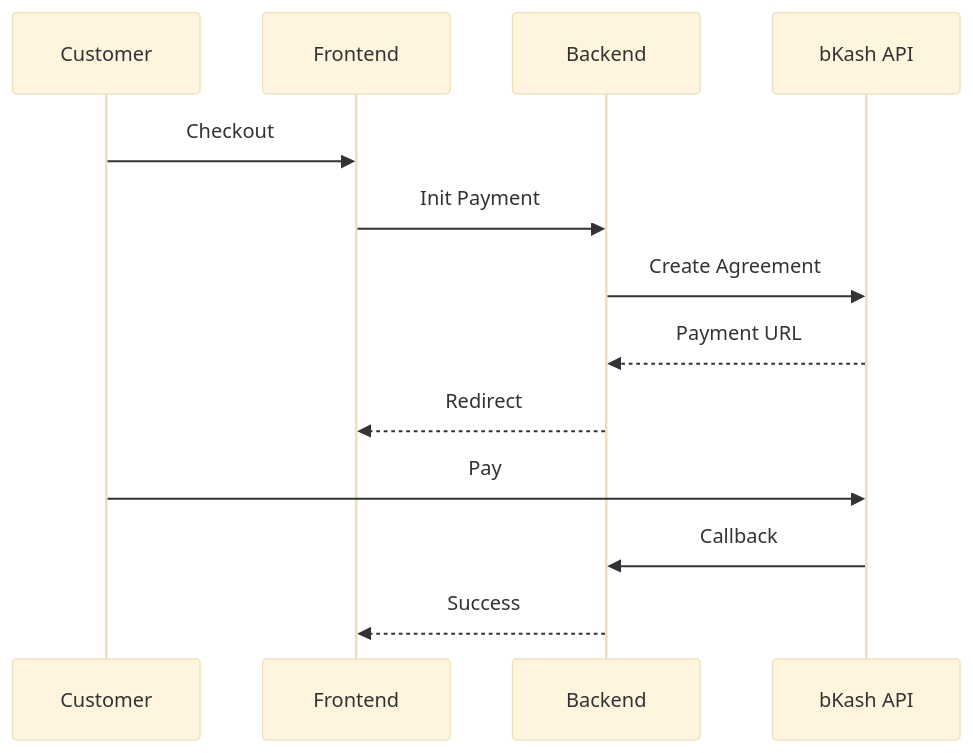
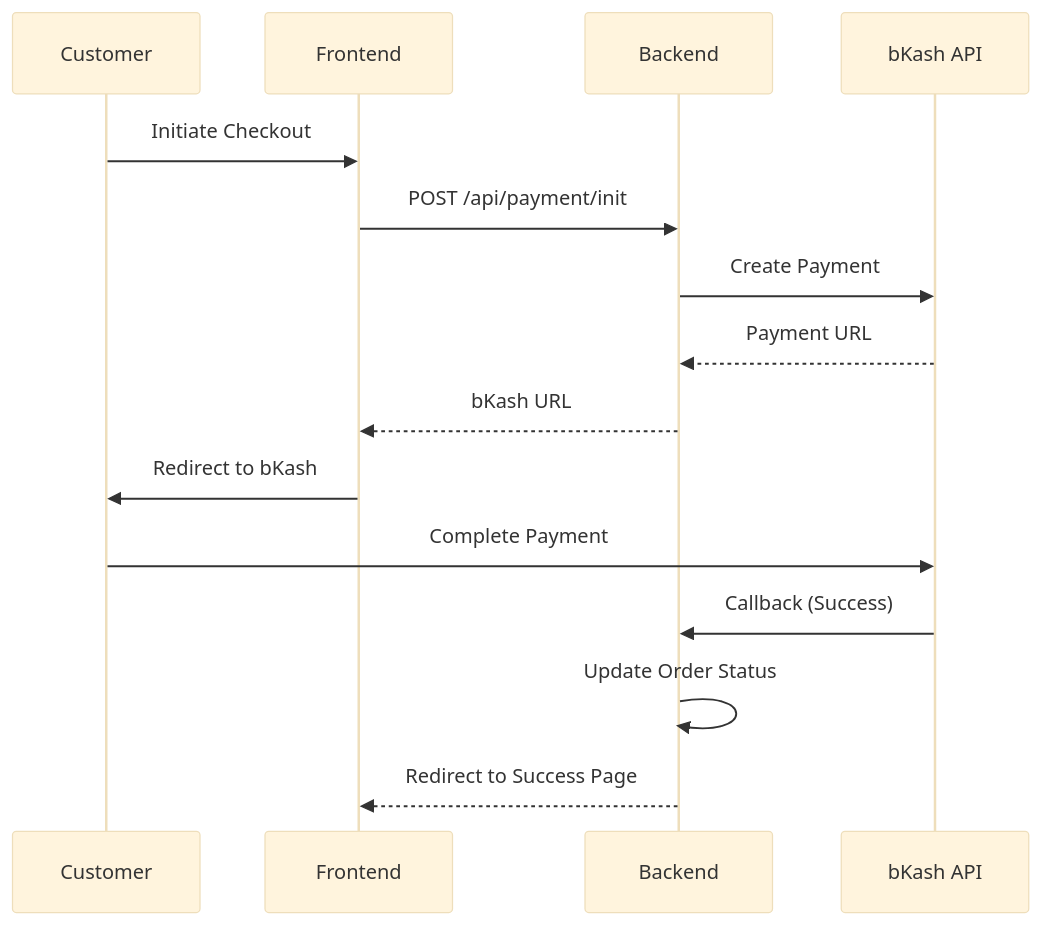
Before and after one commit to salahuddingfx/RongRani: the second of 2 diagrams in README.md, drawn with Mermaid (base theme). The commit also changed other lines of this file, not shown here.

````diff
--- a/README.md
+++ b/README.md
@@ -174,16 +292,18 @@
 ```mermaid
 sequenceDiagram
     participant C as Customer
     participant F as Frontend
     participant B as Backend
     participant bK as bKash API
     
-    C->>F: Checkout
-    F->>B: Init Payment
-    B->>bK: Create Agreement
+    C->>F: Initiate Checkout
+    F->>B: POST /api/payment/init
+    B->>bK: Create Payment
     bK-->>B: Payment URL
-    B-->>F: Redirect
-    C->>bK: Pay
-    bK->>B: Callback
-    B-->>F: Success
+    B-->>F: bKash URL
+    F->>C: Redirect to bKash
+    C->>bK: Complete Payment
+    bK->>B: Callback (Success)
+    B->>B: Update Order Status
+    B-->>F: Redirect to Success Page
 ```
````
